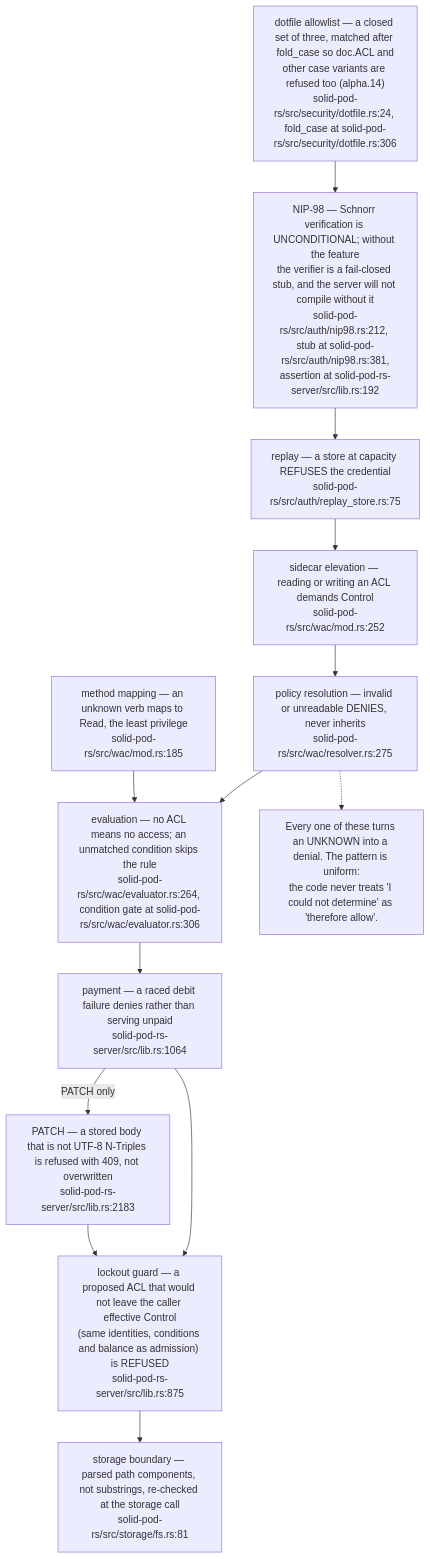
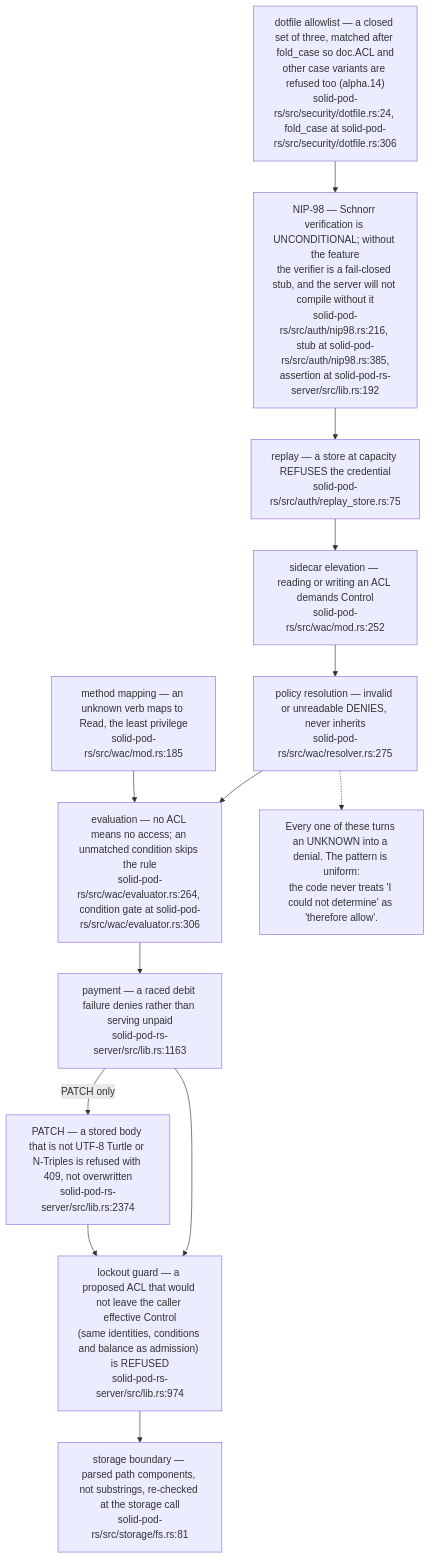
One commit to DreamLab-AI/VisionFlow changed the second of 12 diagrams in docs/diagrams/solid-pod-rs/10-failure-modes-and-invariants.md. Above: the diagram before and after it, drawn with Mermaid. The commit also changed other lines of this file and 59 other files, not shown here.

First line of the commit message:
docs(diagrams): re-derive and re-stamp forum, website, pod, ontomark and sealmap topics

````diff
--- a/docs/diagrams/solid-pod-rs/10-failure-modes-and-invariants.md
+++ b/docs/diagrams/solid-pod-rs/10-failure-modes-and-invariants.md
@@ -83,21 +83,21 @@
 ```mermaid
 flowchart TD
     A["storage boundary — parsed path components, not substrings, re-checked at the storage call<br/>solid-pod-rs/src/storage/fs.rs:81"]
     B["dotfile allowlist — a closed set of three, matched after fold_case so doc.ACL and<br/>other case variants are refused too (alpha.14)<br/>solid-pod-rs/src/security/dotfile.rs:24, fold_case at solid-pod-rs/src/security/dotfile.rs:306"]
-    C["NIP-98 — Schnorr verification is UNCONDITIONAL; without the feature<br/>the verifier is a fail-closed stub, and the server will not compile without it<br/>solid-pod-rs/src/auth/nip98.rs:212, stub at solid-pod-rs/src/auth/nip98.rs:381,<br/>assertion at solid-pod-rs-server/src/lib.rs:192"]
+    C["NIP-98 — Schnorr verification is UNCONDITIONAL; without the feature<br/>the verifier is a fail-closed stub, and the server will not compile without it<br/>solid-pod-rs/src/auth/nip98.rs:216, stub at solid-pod-rs/src/auth/nip98.rs:385,<br/>assertion at solid-pod-rs-server/src/lib.rs:192"]
     D["replay — a store at capacity REFUSES the credential<br/>solid-pod-rs/src/auth/replay_store.rs:75"]
     E["policy resolution — invalid or unreadable DENIES, never inherits<br/>solid-pod-rs/src/wac/resolver.rs:275"]
     F["evaluation — no ACL means no access; an unmatched condition skips the rule<br/>solid-pod-rs/src/wac/evaluator.rs:264, condition gate at solid-pod-rs/src/wac/evaluator.rs:306"]
     G["sidecar elevation — reading or writing an ACL demands Control<br/>solid-pod-rs/src/wac/mod.rs:252"]
-    H["lockout guard — a proposed ACL that would not leave the caller effective Control<br/>(same identities, conditions and balance as admission) is REFUSED<br/>solid-pod-rs-server/src/lib.rs:875"]
-    I["payment — a raced debit failure denies rather than serving unpaid<br/>solid-pod-rs-server/src/lib.rs:1064"]
-    J["PATCH — a stored body that is not UTF-8 N-Triples is refused with 409, not overwritten<br/>solid-pod-rs-server/src/lib.rs:2183"]
+    H["lockout guard — a proposed ACL that would not leave the caller effective Control<br/>(same identities, conditions and balance as admission) is REFUSED<br/>solid-pod-rs-server/src/lib.rs:974"]
+    I["payment — a raced debit failure denies rather than serving unpaid<br/>solid-pod-rs-server/src/lib.rs:1163"]
+    J["PATCH — a stored body that is not UTF-8 Turtle or N-Triples is refused with 409, not overwritten<br/>solid-pod-rs-server/src/lib.rs:2374"]
     K["method mapping — an unknown verb maps to Read, the least privilege<br/>solid-pod-rs/src/wac/mod.rs:185"]
 
     B --> C --> D --> G --> E --> F --> I --> H --> A
     I -->|PATCH only| J --> H
     K --> F
 
     N["Every one of these turns an UNKNOWN into a denial. The pattern is uniform:<br/>the code never treats 'I could not determine' as 'therefore allow'."]
     E -.-> N
 ```
````
